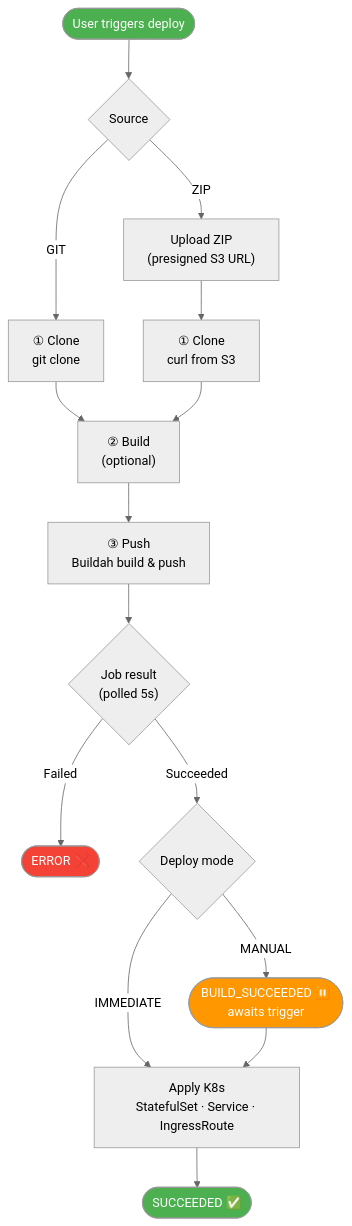
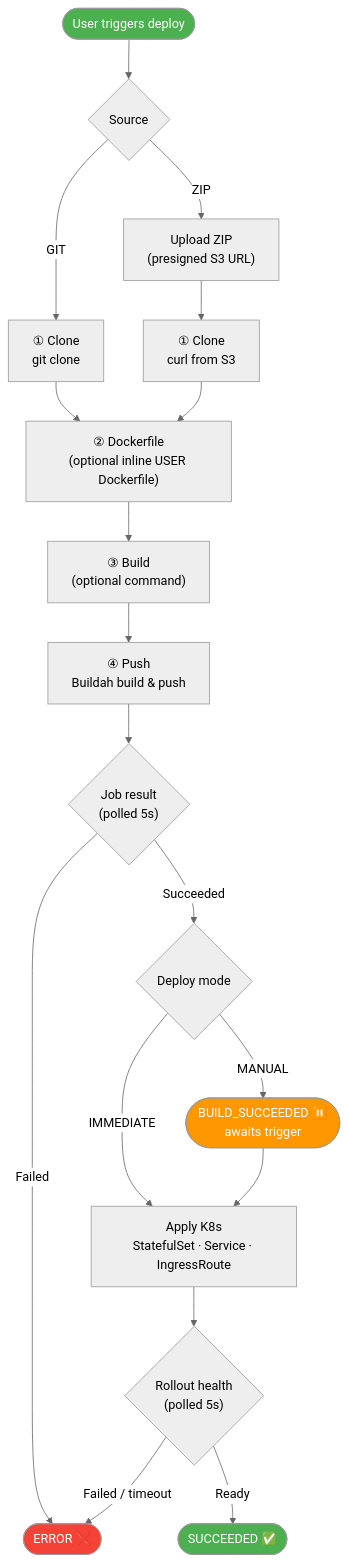
One commit to wellCh4n/oops changed the first of 2 diagrams in README.md. Above: the diagram before and after it, drawn with Mermaid (neutral theme). The commit also changed other lines of this file and 2 other files, not shown here.

````diff
--- a/README.md
+++ b/README.md
@@ -99,22 +105,25 @@
 ```mermaid
 flowchart TD
     Start([User triggers deploy]) --> Src{Source}
     Src -->|GIT| Clone["① Clone<br/>git clone"]
     Src -->|ZIP| Upload["Upload ZIP<br/>(presigned S3 URL)"]
     Upload --> CloneZ["① Clone<br/>curl from S3"]
-    Clone --> Build["② Build<br/>(optional)"]
-    CloneZ --> Build
-    Build --> Push["③ Push<br/>Buildah build & push"]
+    Clone --> Dockerfile["② Dockerfile<br/>(optional inline USER Dockerfile)"]
+    CloneZ --> Dockerfile
+    Dockerfile --> Build["③ Build<br/>(optional command)"]
+    Build --> Push["④ Push<br/>Buildah build & push"]
     Push --> Scan{"Job result<br/>(polled 5s)"}
     Scan -->|Failed| Err([ERROR ❌])
     Scan -->|Succeeded| Mode{Deploy mode}
     Mode -->|MANUAL| Wait([BUILD_SUCCEEDED ⏸️<br/>awaits trigger])
     Mode -->|IMMEDIATE| Deploy["Apply K8s<br/>StatefulSet · Service · IngressRoute"]
     Wait --> Deploy
-    Deploy --> Ok([SUCCEEDED ✅])
+    Deploy --> Rollout{"Rollout health<br/>(polled 5s)"}
+    Rollout -->|Ready| Ok([SUCCEEDED ✅])
+    Rollout -->|Failed / timeout| Err
 
     style Start fill:#4CAF50,color:#fff
     style Ok fill:#4CAF50,color:#fff
     style Err fill:#f44336,color:#fff
     style Wait fill:#FF9800,color:#fff
 ```
````
